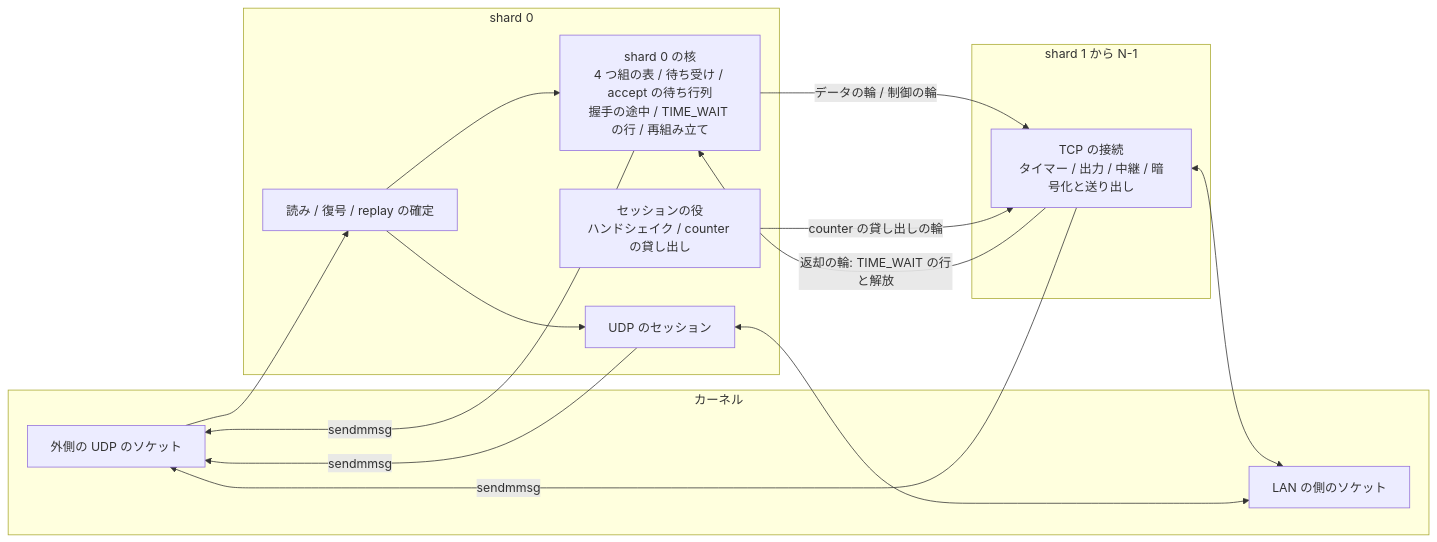
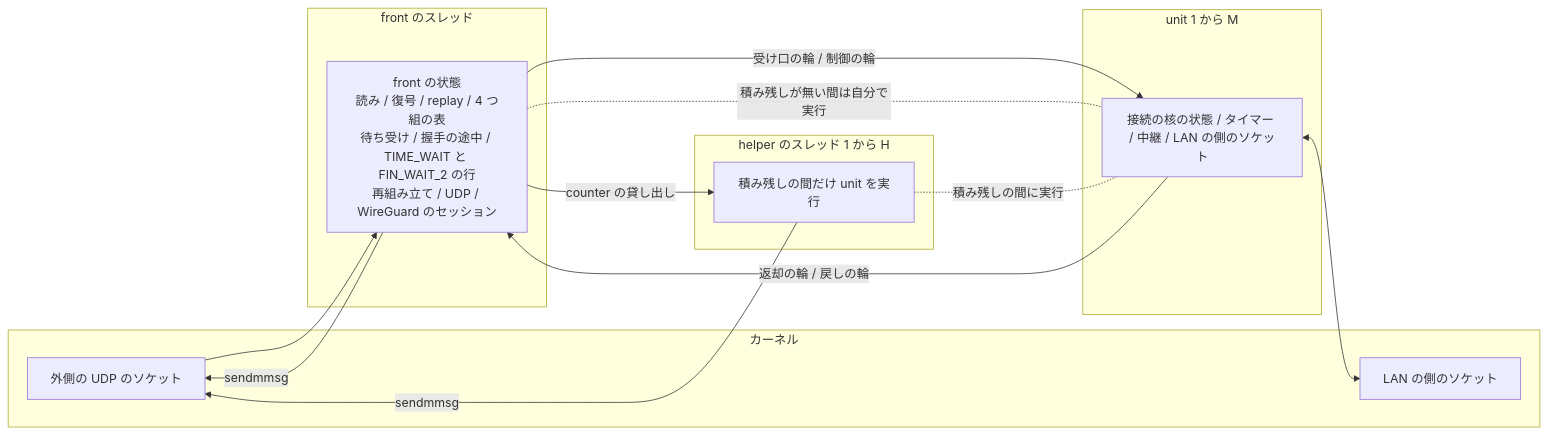
Before and after one commit to rahanahu/wgft: the first of 2 diagrams in docs/design/proposals/parallel-engine/ownership.md, drawn with Mermaid. The commit also changed other lines of this file and 6 other files, not shown here.

````diff
--- a/docs/design/proposals/parallel-engine/ownership.md
+++ b/docs/design/proposals/parallel-engine/ownership.md
@@ -13,26 +13,25 @@
 ```mermaid
 flowchart LR
   subgraph K[カーネル]
     OS[外側の UDP のソケット]
     LAN[LAN の側のソケット]
   end
-  subgraph S0[shard 0]
-    RX[読み / 復号 / replay の確定]
-    C0[shard 0 の核<br/>4 つ組の表 / 待ち受け / accept の待ち行列<br/>握手の途中 / TIME_WAIT の行 / 再組み立て]
-    U[UDP のセッション]
-    SE[セッションの役<br/>ハンドシェイク / counter の貸し出し]
+  subgraph F[front のスレッド]
+    FR[front の状態<br/>読み / 復号 / replay / 4 つ組の表<br/>待ち受け / 握手の途中 / TIME_WAIT と FIN_WAIT_2 の行<br/>再組み立て / UDP / WireGuard のセッション]
   end
-  subgraph SK[shard 1 から N-1]
-    T[TCP の接続<br/>タイマー / 出力 / 中継 / 暗号化と送り出し]
+  subgraph UN[unit 1 から M]
+    U1[接続の核の状態 / タイマー / 中継 / LAN の側のソケット]
   end
-  OS --> RX --> C0
-  RX --> U
-  C0 -->|データの輪 / 制御の輪| T
-  T -->|返却の輪: TIME_WAIT の行と解放| C0
-  SE -->|counter の貸し出しの輪| T
-  T -->|sendmmsg| OS
-  C0 -->|sendmmsg| OS
-  U -->|sendmmsg| OS
-  T <--> LAN
-  U <--> LAN
+  subgraph H[helper のスレッド 1 から H]
+    HX[積み残しの間だけ unit を実行]
+  end
+  OS --> FR
+  FR -->|受け口の輪 / 制御の輪| U1
+  U1 -->|返却の輪 / 戻しの輪| FR
+  FR -. 積み残しが無い間は自分で実行 .- U1
+  HX -. 積み残しの間に実行 .- U1
+  FR -->|counter の貸し出し| HX
+  FR -->|sendmmsg| OS
+  HX -->|sendmmsg| OS
+  U1 <--> LAN
 ```
````
